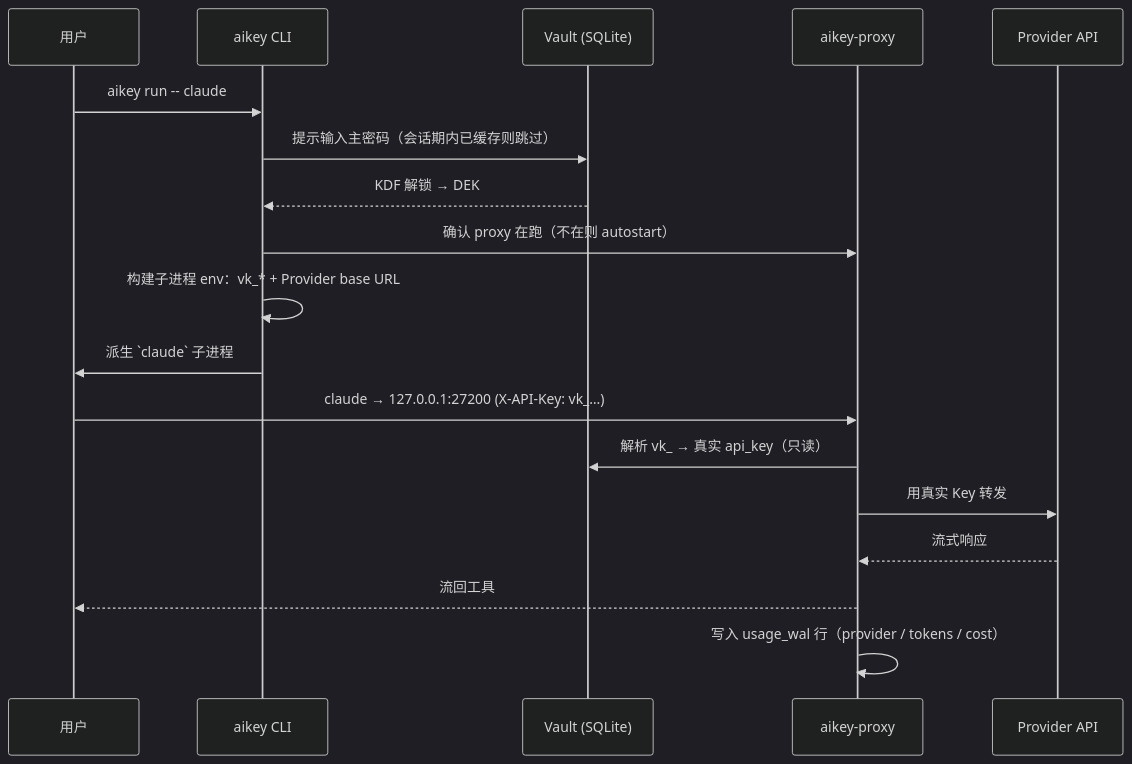
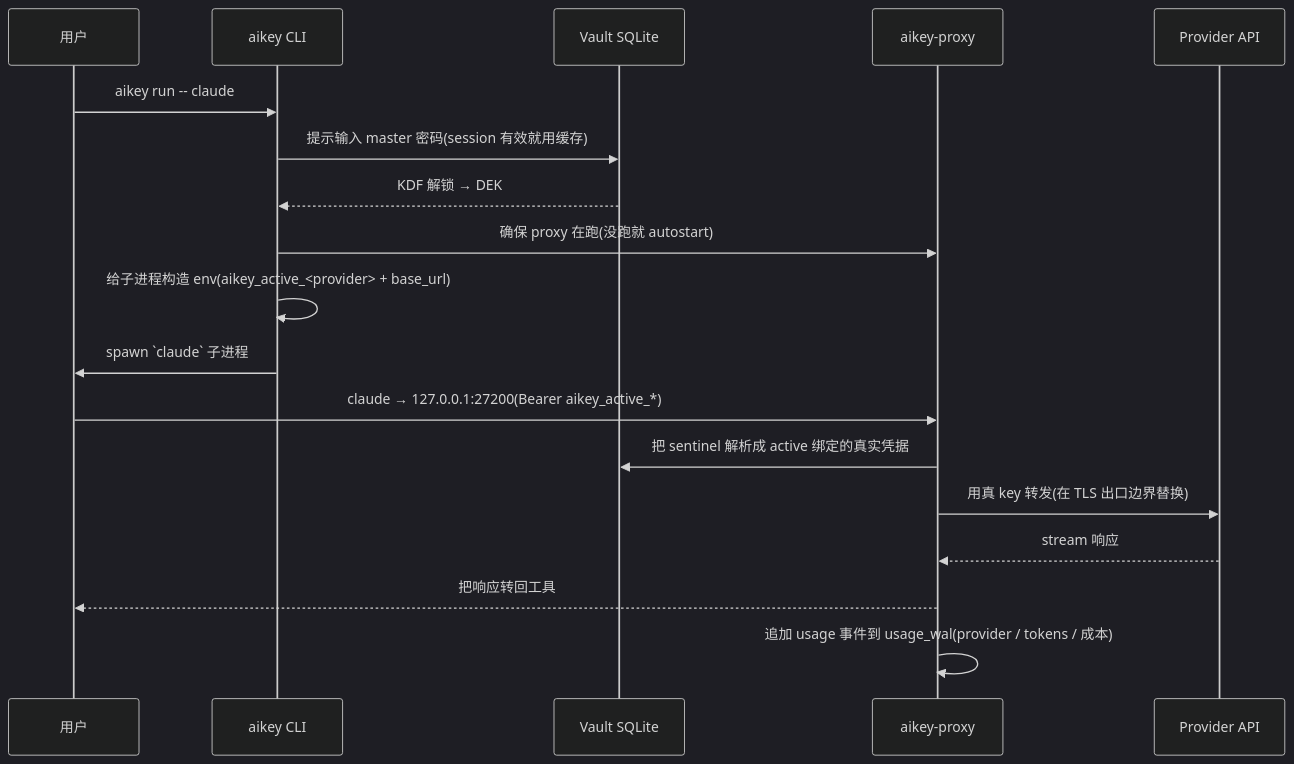
Before and after one commit to aikeylabs/aikey-cli: the second of 2 diagrams in README.zh.md, drawn with Mermaid (dark theme). The commit also changed other lines of this file and 1 other file, not shown here.

````diff
--- a/README.zh.md
+++ b/README.zh.md
@@ -49,21 +63,21 @@
 ```mermaid
 sequenceDiagram
   participant U as 用户
   participant CLI as aikey CLI
-  participant V as Vault (SQLite)
+  participant V as Vault SQLite
   participant P as aikey-proxy
   participant API as Provider API
 
   U->>CLI: aikey run -- claude
-  CLI->>V: 提示输入主密码（会话期内已缓存则跳过）
+  CLI->>V: 提示输入 master 密码(session 有效就用缓存)
   V-->>CLI: KDF 解锁 → DEK
-  CLI->>P: 确认 proxy 在跑（不在则 autostart）
-  CLI->>CLI: 构建子进程 env：vk_* + Provider base URL
-  CLI->>U: 派生 `claude` 子进程
-  U->>P: claude → 127.0.0.1:27200 (X-API-Key: vk_…)
-  P->>V: 解析 vk_ → 真实 api_key（只读）
-  P->>API: 用真实 Key 转发
-  API-->>P: 流式响应
-  P-->>U: 流回工具
-  P->>P: 写入 usage_wal 行（provider / tokens / cost）
+  CLI->>P: 确保 proxy 在跑(没跑就 autostart)
+  CLI->>CLI: 给子进程构造 env(aikey_active_<provider> + base_url)
+  CLI->>U: spawn `claude` 子进程
+  U->>P: claude → 127.0.0.1:27200(Bearer aikey_active_*)
+  P->>V: 把 sentinel 解析成 active 绑定的真实凭据
+  P->>API: 用真 key 转发(在 TLS 出口边界替换)
+  API-->>P: stream 响应
+  P-->>U: 把响应转回工具
+  P->>P: 追加 usage 事件到 usage_wal(provider / tokens / 成本)
 ```
````
